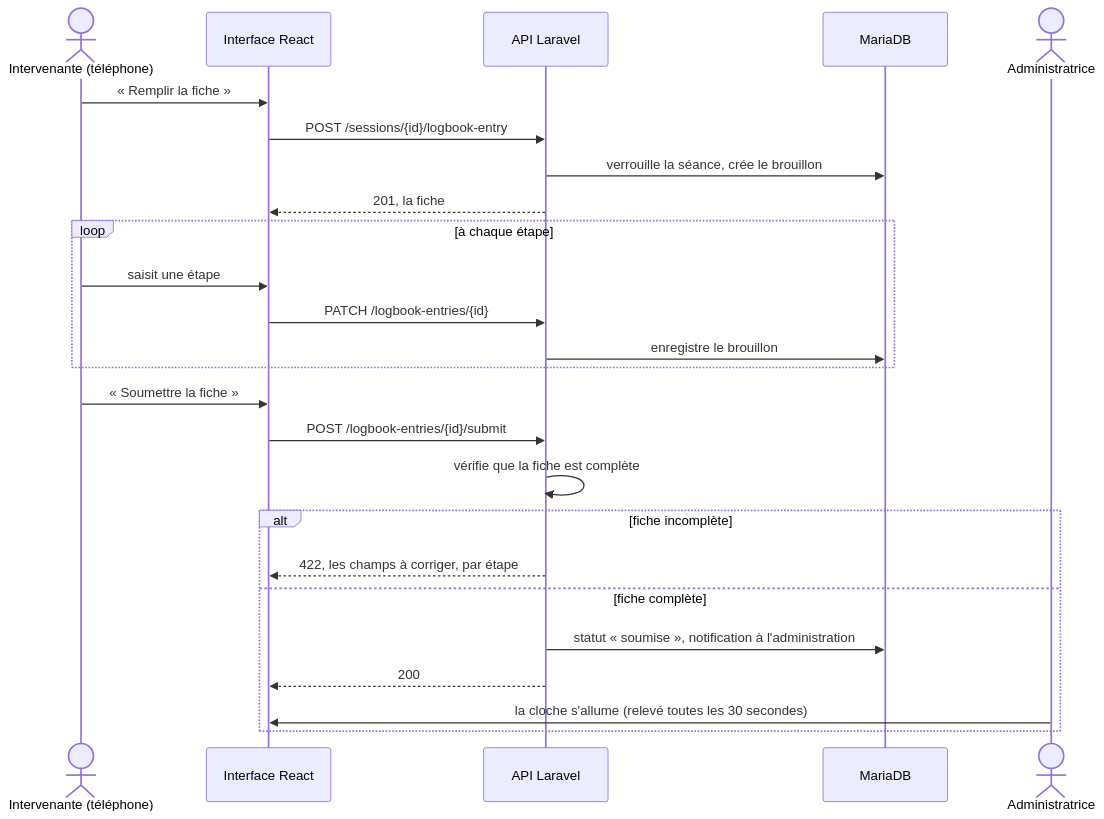
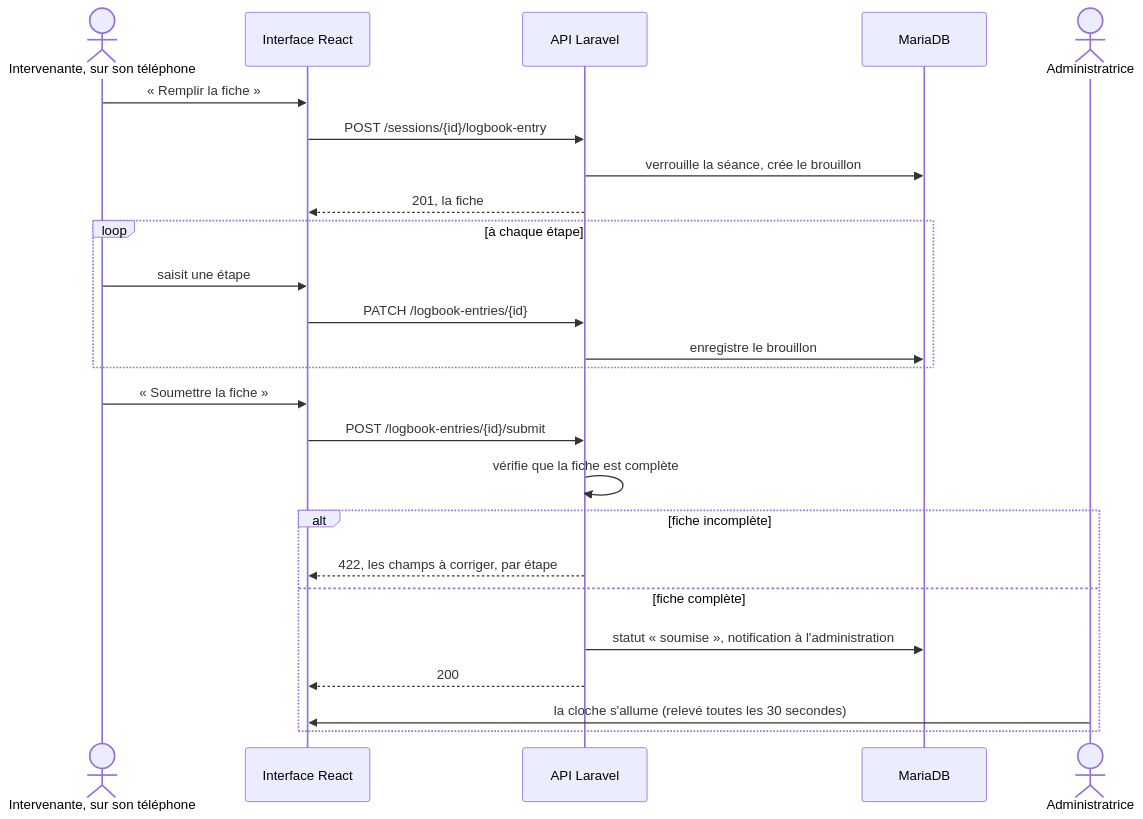
One commit to EnzoBagnis/KLAP changed the fourth of 5 diagrams in docs/CONCEPTION.md. Above: the diagram before and after it, drawn with Mermaid. The commit also changed other lines of this file, not shown here.

Commit message:
docs: diagrammes de classes sur plusieurs lignes

````diff
--- a/docs/CONCEPTION.md
+++ b/docs/CONCEPTION.md
@@ -102,28 +161,28 @@
 ```mermaid
 sequenceDiagram
-    actor Léa as Intervenante (téléphone)
+    actor Lea as Intervenante, sur son téléphone
     participant Front as Interface React
     participant API as API Laravel
     participant Base as MariaDB
     actor Mariette as Administratrice
 
-    Léa->>Front: « Remplir la fiche »
+    Lea->>Front: « Remplir la fiche »
     Front->>API: POST /sessions/{id}/logbook-entry
     API->>Base: verrouille la séance, crée le brouillon
     API-->>Front: 201, la fiche
     loop à chaque étape
-        Léa->>Front: saisit une étape
+        Lea->>Front: saisit une étape
         Front->>API: PATCH /logbook-entries/{id}
         API->>Base: enregistre le brouillon
     end
-    Léa->>Front: « Soumettre la fiche »
+    Lea->>Front: « Soumettre la fiche »
     Front->>API: POST /logbook-entries/{id}/submit
     API->>API: vérifie que la fiche est complète
     alt fiche incomplète
         API-->>Front: 422, les champs à corriger, par étape
     else fiche complète
         API->>Base: statut « soumise », notification à l'administration
         API-->>Front: 200
         Mariette->>Front: la cloche s'allume (relevé toutes les 30 secondes)
     end
 ```
````
